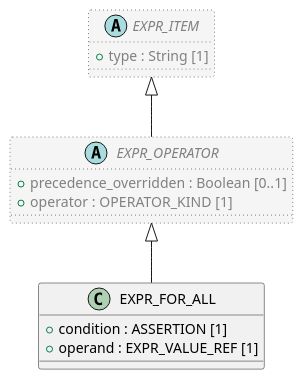
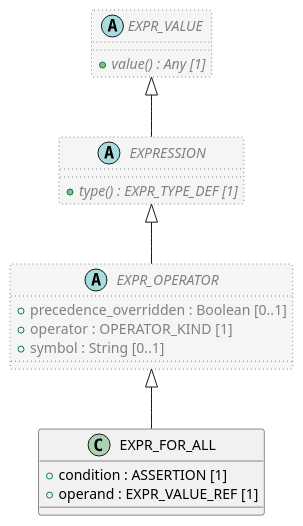
Before and after one commit to sebastian-iancu/code-generator: the diagram in code/Adoc/openehr_lang_1.1.0/plantUML/classes/org.openehr.lang.beom.expr_for_all.adoc, drawn with PlantUML. The commit also changed 719 other files, not shown here.

```diff
--- a/code/Adoc/openehr_lang_1.1.0/plantUML/classes/org.openehr.lang.beom.expr_for_all.adoc
+++ b/code/Adoc/openehr_lang_1.1.0/plantUML/classes/org.openehr.lang.beom.expr_for_all.adoc
@@ -1,25 +1,32 @@
 [plantuml,EXPR_FOR_ALL,format=svg,svg-type="inline"]
 -----
 @startuml
 
 class EXPR_FOR_ALL {
   + condition : ASSERTION [1]
   + operand : EXPR_VALUE_REF [1]
 }
 
 abstract class EXPR_OPERATOR  #whitesmoke;line:gray;line.dotted;text:gray {
   + precedence_overridden : Boolean [0..1]
   + operator : OPERATOR_KIND [1]
+  + symbol : String [0..1]
 }
 
-abstract class EXPR_ITEM  #whitesmoke;line:gray;line.dotted;text:gray {
-  + type : String [1]
+abstract class EXPRESSION  #whitesmoke;line:gray;line.dotted;text:gray {
+  + {abstract} type() : EXPR_TYPE_DEF [1]
 }
 
-EXPR_ITEM <|-- EXPR_OPERATOR
+abstract class EXPR_VALUE  #whitesmoke;line:gray;line.dotted;text:gray {
+  + {abstract} value() : Any [1]
+}
+
+EXPR_VALUE <|-- EXPRESSION
+
+EXPRESSION <|-- EXPR_OPERATOR
 
 EXPR_OPERATOR <|-- EXPR_FOR_ALL
 
 
 @enduml
 -----
```
